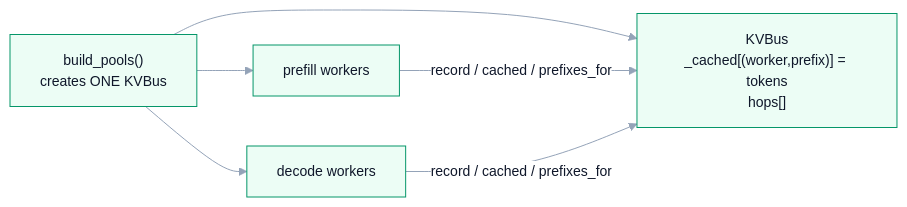
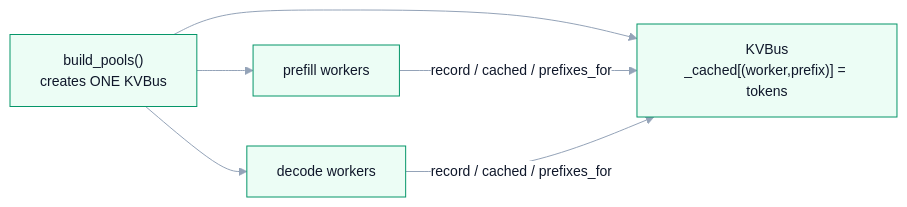
One commit to harshuljain13/Dodona changed the first of 5 diagrams in docs/cluster/kvbus.md. Above: the diagram before and after it, drawn with Mermaid. The commit also changed 17 other files, not shown here.

````diff
--- a/docs/cluster/kvbus.md
+++ b/docs/cluster/kvbus.md
@@ -19,21 +19,21 @@
 ```mermaid
 %%{init: {'theme':'base','themeVariables':{
   'fontFamily':'ui-sans-serif, -apple-system, Segoe UI, Inter, Helvetica, Arial, sans-serif','fontSize':'14px',
   'primaryColor':'#ecfdf5','primaryTextColor':'#0f172a','primaryBorderColor':'#059669',
   'secondaryColor':'#f8fafc','tertiaryColor':'#ffffff',
   'lineColor':'#94a3b8','textColor':'#1e293b',
   'clusterBkg':'#ffffff','clusterBorder':'#a7f3d0',
   'edgeLabelBackground':'#ffffff','nodeBorder':'#059669'
 }}}%%
 flowchart LR
     POOLS["build_pools()<br/>creates ONE KVBus"]
     W1["prefill workers"]
     W2["decode workers"]
-    BUS["KVBus<br/>_cached[(worker,prefix)] = tokens<br/>hops[]"]
+    BUS["KVBus<br/>_cached[(worker,prefix)] = tokens"]
 
     POOLS --> BUS
     POOLS --> W1
     POOLS --> W2
     W1 -->|"record / cached / prefixes_for"| BUS
     W2 -->|"record / cached / prefixes_for"| BUS
 ```
````
